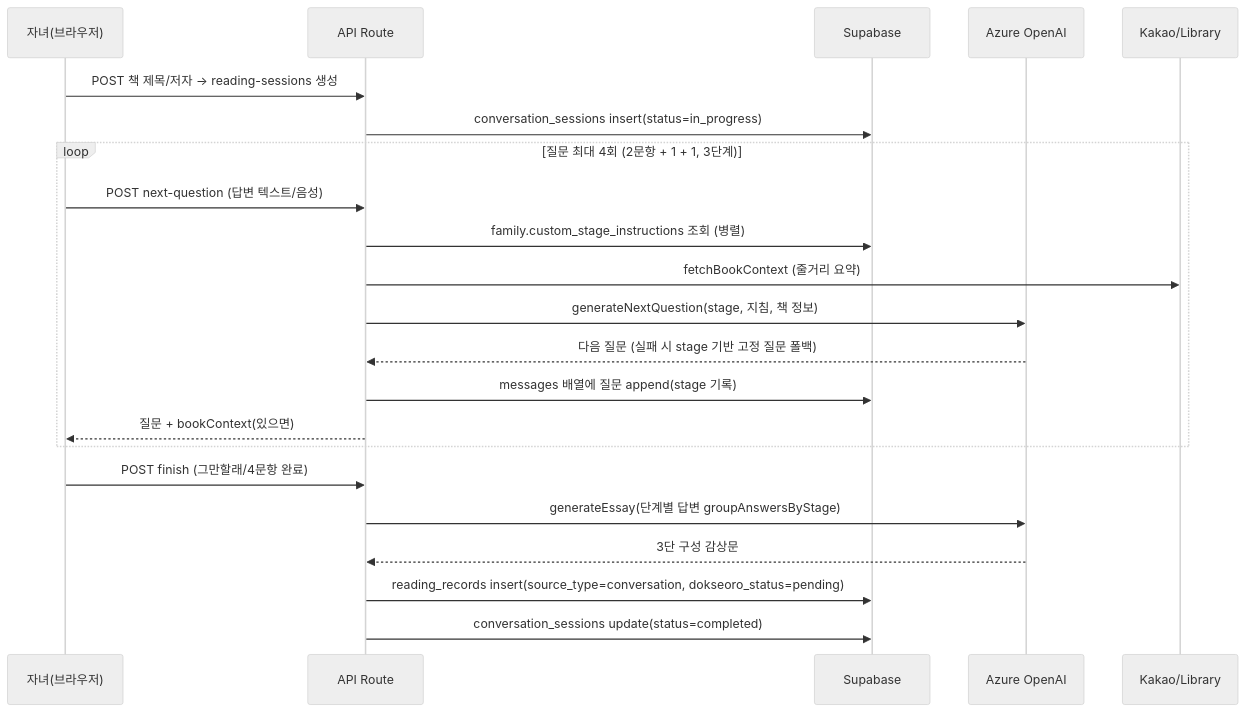
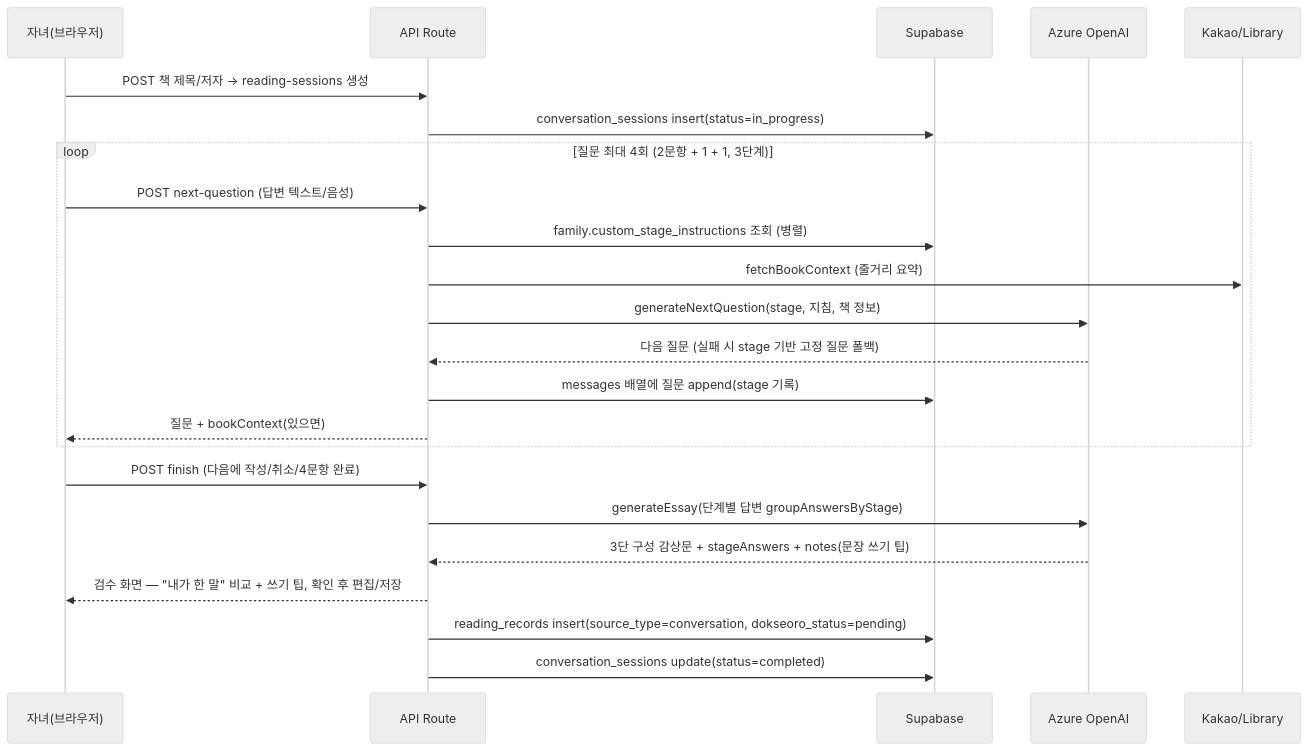
Before and after one commit to teddy706/reading-buddy: the second of 3 diagrams in docs/ARCHITECTURE.md, drawn with Mermaid (neutral theme). The commit also changed other lines of this file and 5 other files, not shown here.

````diff
--- a/docs/ARCHITECTURE.md
+++ b/docs/ARCHITECTURE.md
@@ -199,24 +200,25 @@
 ```mermaid
 sequenceDiagram
     participant C as 자녀(브라우저)
     participant A as API Route
     participant DB as Supabase
     participant AOAI as Azure OpenAI
 
     C->>A: POST 책 제목/저자 → reading-sessions 생성
     A->>DB: conversation_sessions insert(status=in_progress)
     loop 질문 최대 4회 (2문항 + 1 + 1, 3단계)
         C->>A: POST next-question (답변 텍스트/음성)
         A->>DB: family.custom_stage_instructions 조회 (병렬)
         A->>Kakao/Library: fetchBookContext (줄거리 요약)
         A->>AOAI: generateNextQuestion(stage, 지침, 책 정보)
         AOAI-->>A: 다음 질문 (실패 시 stage 기반 고정 질문 폴백)
         A->>DB: messages 배열에 질문 append(stage 기록)
         A-->>C: 질문 + bookContext(있으면)
     end
-    C->>A: POST finish (그만할래/4문항 완료)
+    C->>A: POST finish (다음에 작성/취소/4문항 완료)
     A->>AOAI: generateEssay(단계별 답변 groupAnswersByStage)
-    AOAI-->>A: 3단 구성 감상문
+    AOAI-->>A: 3단 구성 감상문 + stageAnswers + notes(문장 쓰기 팁)
+    A-->>C: 검수 화면 — "내가 한 말" 비교 + 쓰기 팁, 확인 후 편집/저장
     A->>DB: reading_records insert(source_type=conversation, dokseoro_status=pending)
     A->>DB: conversation_sessions update(status=completed)
 ```
````
